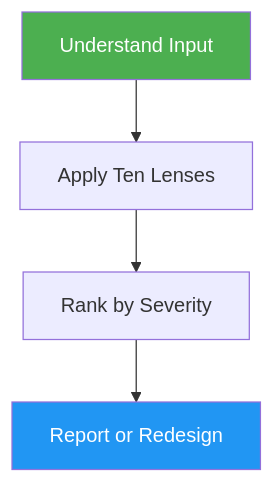
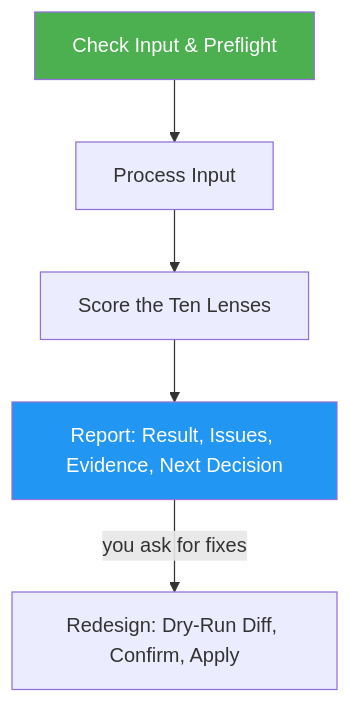
The diagram in skills/dont-make-me-think/docs/README.md (luongnv89/skills), drawn with Mermaid before and after one commit. The commit also changed other lines of this file and 13 other files, not shown here.

````diff
--- a/skills/dont-make-me-think/docs/README.md
+++ b/skills/dont-make-me-think/docs/README.md
@@ -31,8 +31,9 @@
 ```mermaid
 graph TD
-    A["Understand Input"] --> B["Apply Ten Lenses"]
-    B --> C["Rank by Severity"]
-    C --> D["Report or Redesign"]
+    A["Check Input & Preflight"] --> B["Process Input"]
+    B --> C["Score the Ten Lenses"]
+    C --> D["Report: Result, Issues, Evidence, Next Decision"]
+    D -->|"you ask for fixes"| E["Redesign: Dry-Run Diff, Confirm, Apply"]
     style A fill:#4CAF50,color:#fff
     style D fill:#2196F3,color:#fff
 ```
````
